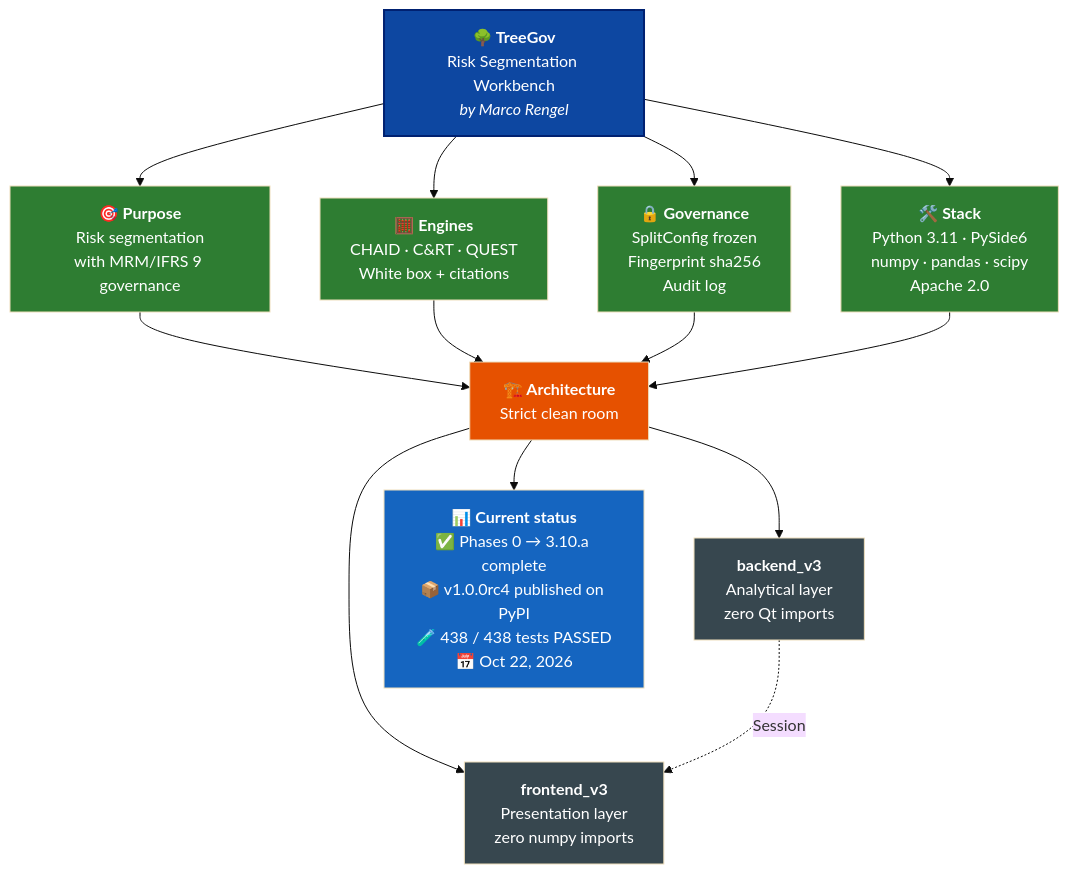
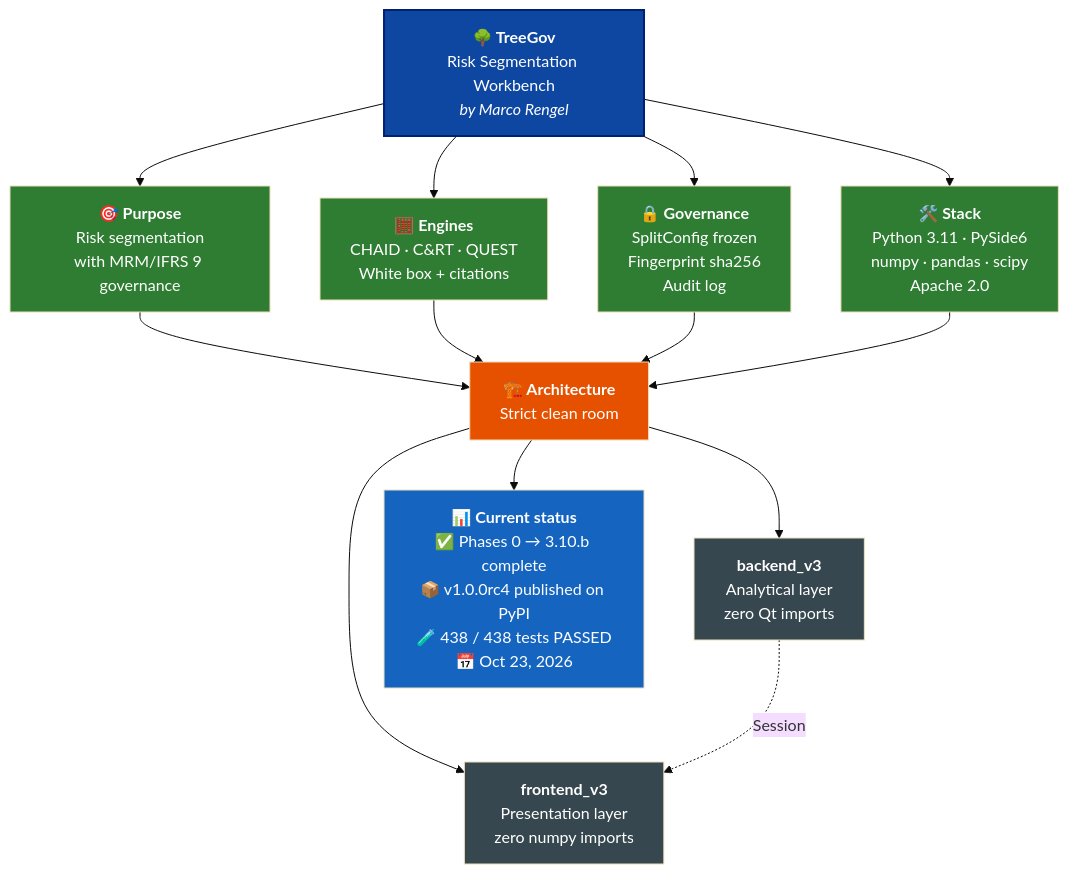
One commit to Marco-Rengel/treegov changed the diagram in README.md. Above: the diagram before and after it, drawn with Mermaid (base theme). The commit also changed other lines of this file and 8 other files, not shown here.

````diff
--- a/README.md
+++ b/README.md
@@ -36,31 +36,31 @@
 ```mermaid
 flowchart TB
     TG["<b>🌳 TreeGov</b><br/>Risk Segmentation Workbench<br/><i>by Marco Rengel</i>"]
 
     TG --> P["<b>🎯 Purpose</b><br/>Risk segmentation<br/>with MRM/IFRS 9 governance"]
     TG --> M["<b>🧮 Engines</b><br/>CHAID · C&RT · QUEST<br/>White box + citations"]
     TG --> G["<b>🔒 Governance</b><br/>SplitConfig frozen<br/>Fingerprint sha256<br/>Audit log"]
     TG --> S["<b>🛠️ Stack</b><br/>Python 3.11 · PySide6<br/>numpy · pandas · scipy<br/>Apache 2.0"]
 
     P --> ARQ["<b>🏗️ Architecture</b><br/>Strict clean room"]
     M --> ARQ
     G --> ARQ
     S --> ARQ
 
     ARQ --> BE["<b>backend_v3</b><br/>Analytical layer<br/>zero Qt imports"]
     ARQ --> FE["<b>frontend_v3</b><br/>Presentation layer<br/>zero numpy imports"]
 
     BE -.->|Session| FE
 
-    ARQ --> ST["<b>📊 Current status</b><br/>✅ Phases 0 → 3.10.a complete<br/>📦 v1.0.0rc4 published on PyPI<br/>🧪 438 / 438 tests PASSED<br/>📅 Oct 22, 2026"]
+    ARQ --> ST["<b>📊 Current status</b><br/>✅ Phases 0 → 3.10.b complete<br/>📦 v1.0.0rc4 published on PyPI<br/>🧪 438 / 438 tests PASSED<br/>📅 Oct 23, 2026"]
 
     style TG fill:#0D47A1,color:#fff,stroke:#002171,stroke-width:2px
     style P fill:#2E7D32,color:#fff
     style M fill:#2E7D32,color:#fff
     style G fill:#2E7D32,color:#fff
     style S fill:#2E7D32,color:#fff
     style ARQ fill:#E65100,color:#fff
     style BE fill:#37474F,color:#fff
     style FE fill:#37474F,color:#fff
     style ST fill:#1565C0,color:#fff
 ```
````
